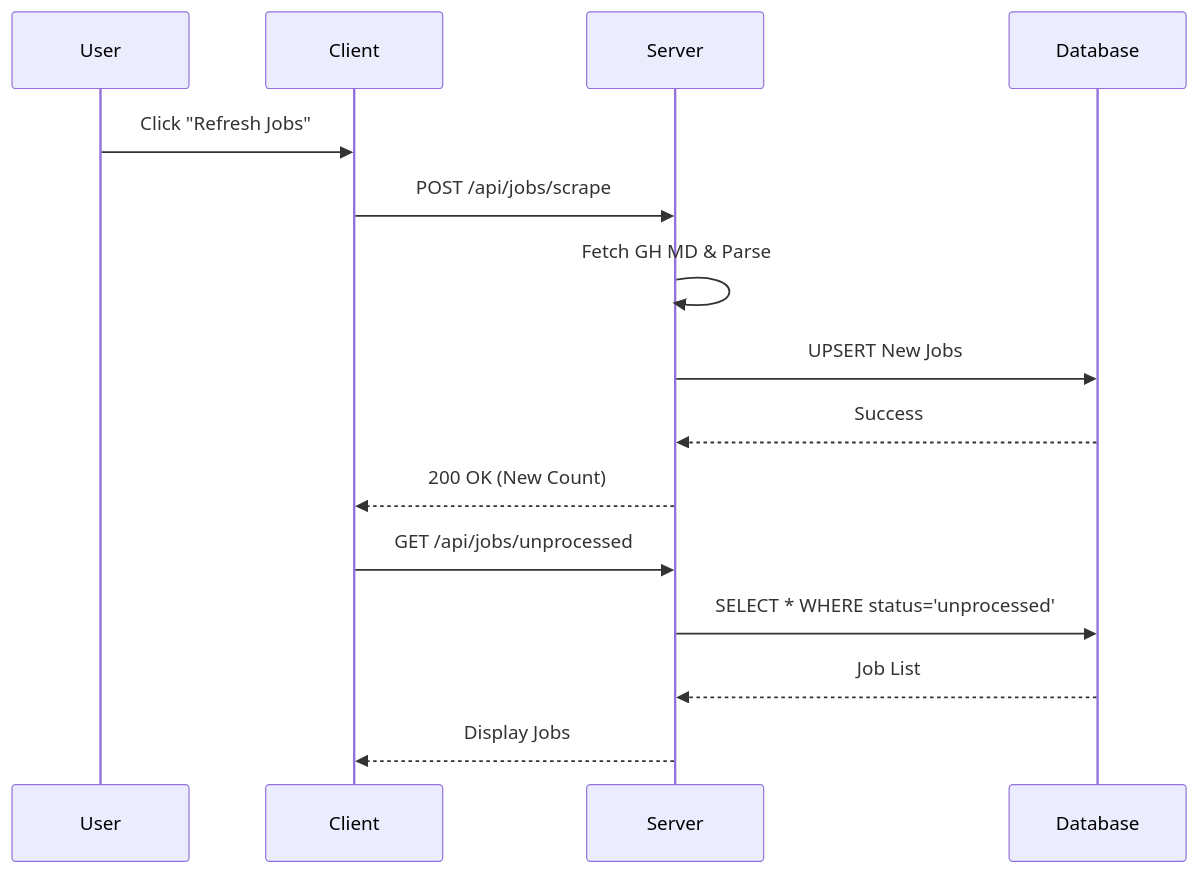
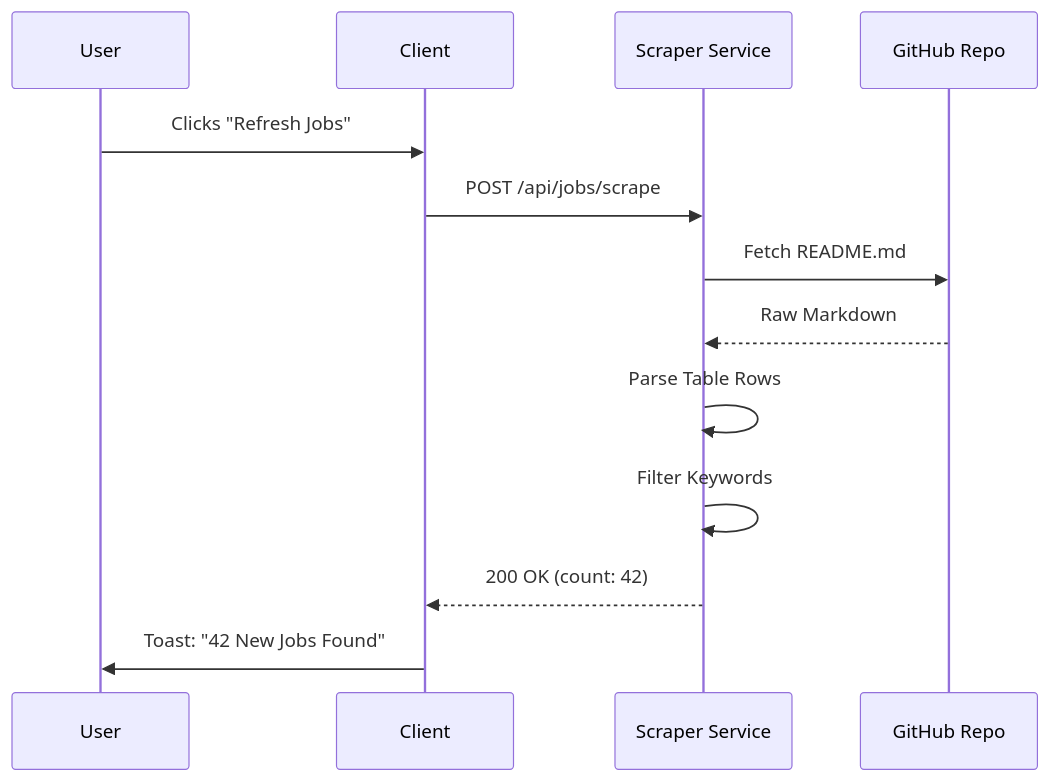
Before and after one commit to WomB0ComB0/job-dashboard: the third of 3 diagrams in README.md, drawn with Mermaid. The commit also changed other lines of this file, not shown here.

````diff
--- a/README.md
+++ b/README.md
@@ -165,18 +156,16 @@
 ```mermaid
 sequenceDiagram
     participant U as User
     participant C as Client
-    participant S as Server
-    participant DB as Database
+    participant S as Scraper Service
+    participant R as GitHub Repo
 
-    U->>C: Click "Refresh Jobs"
+    U->>C: Clicks "Refresh Jobs"
     C->>S: POST /api/jobs/scrape
-    S->>S: Fetch GH MD & Parse
-    S->>DB: UPSERT New Jobs
-    DB-->>S: Success
-    S-->>C: 200 OK (New Count)
-    C->>S: GET /api/jobs/unprocessed
-    S->>DB: SELECT * WHERE status='unprocessed'
-    DB-->>S: Job List
-    S-->>C: Display Jobs
+    S->>R: Fetch README.md
+    R-->>S: Raw Markdown
+    S->>S: Parse Table Rows
+    S->>S: Filter Keywords
+    S-->>C: 200 OK (count: 42)
+    C->>U: Toast: "42 New Jobs Found"
 ```
````
